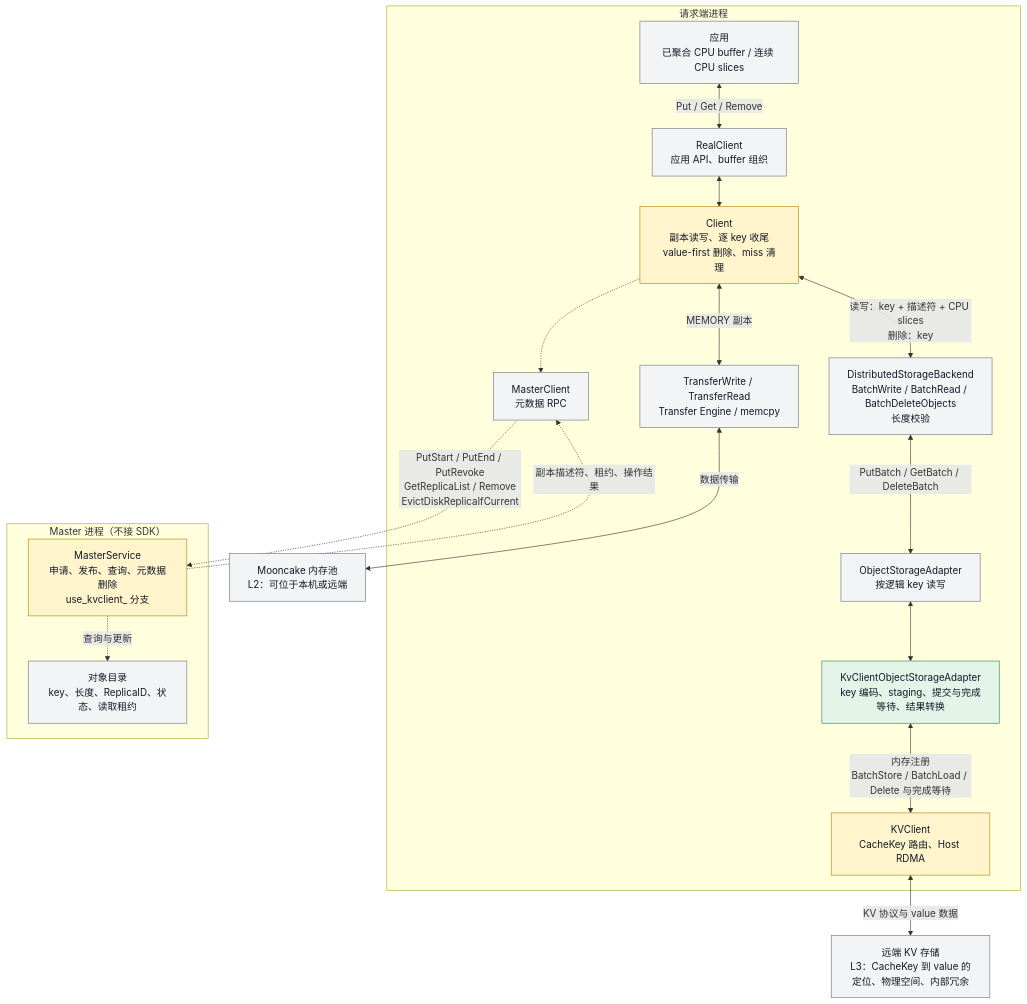
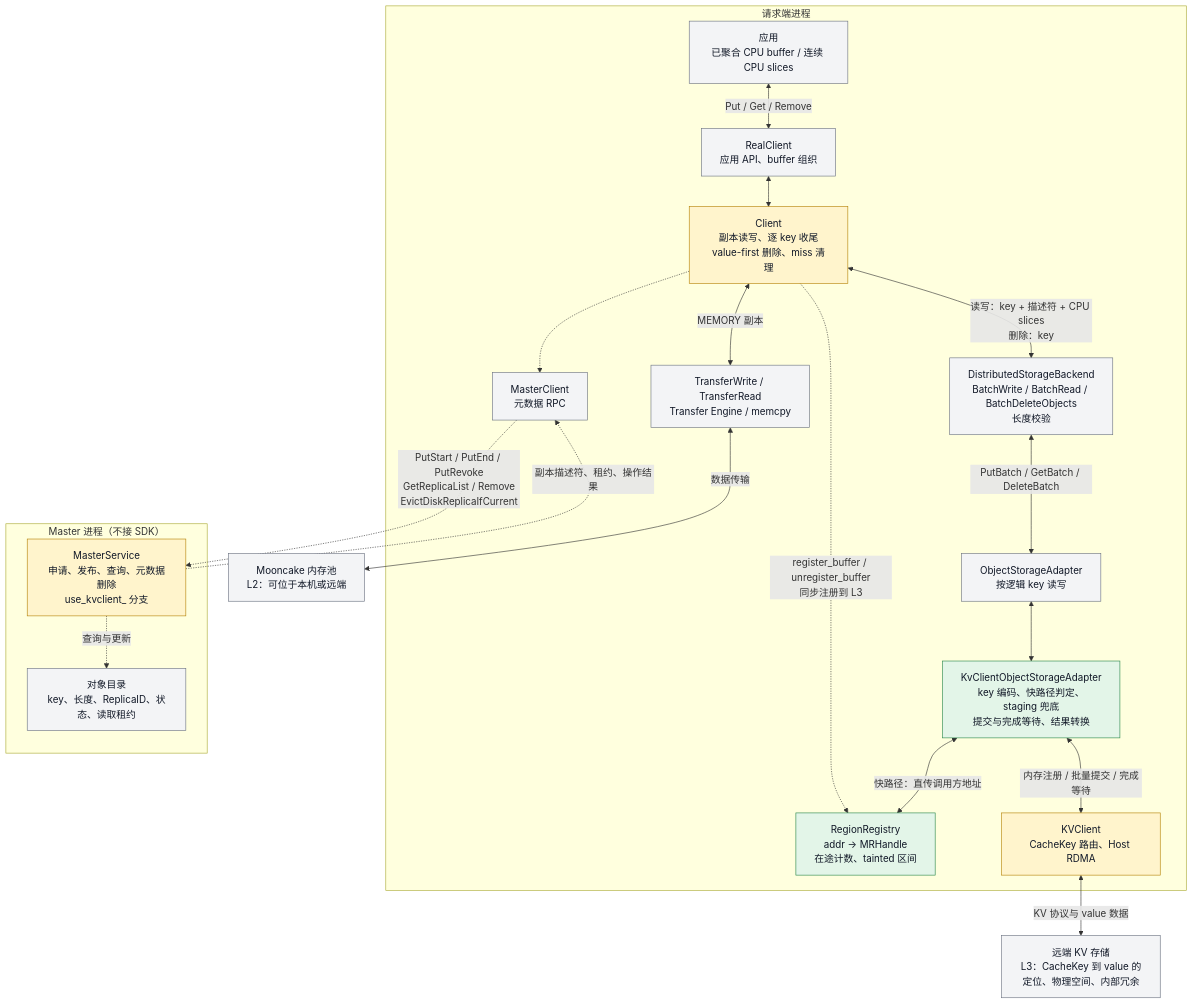
The first of 13 diagrams in Mooncake + KVClient L3 接入（Kvcs）- v3.md (zwj20000328-dotcom/Mooncake-documents), drawn with Mermaid before and after one commit. The commit also changed other lines of this file, not shown here.

````diff
--- a/Mooncake + KVClient L3 接入（Kvcs）- v3.md
+++ b/Mooncake + KVClient L3 接入（Kvcs）- v3.md
@@ -68,45 +69,48 @@
 ```mermaid
 flowchart TB
     subgraph Request["请求端进程"]
         A["应用<br/>已聚合 CPU buffer / 连续 CPU slices"]
         R["RealClient<br/>应用 API、buffer 组织"]
         C["Client<br/>副本读写、逐 key 收尾<br/>value-first 删除、miss 清理"]
         RPC["MasterClient<br/>元数据 RPC"]
         TE["TransferWrite / TransferRead<br/>Transfer Engine / memcpy"]
         B["DistributedStorageBackend<br/>BatchWrite / BatchRead / BatchDeleteObjects<br/>长度校验"]
         O["ObjectStorageAdapter<br/>按逻辑 key 读写"]
-        K["KvClientObjectStorageAdapter<br/>key 编码、staging、提交与完成等待、结果转换"]
+        K["KvClientObjectStorageAdapter<br/>key 编码、快路径判定、staging 兜底<br/>提交与完成等待、结果转换"]
+        REG["RegionRegistry<br/>addr → MRHandle<br/>在途计数、tainted 区间"]
         SDK["KVClient<br/>CacheKey 路由、Host RDMA"]
 
         A <-->|"Put / Get / Remove"| R
         R <--> C
         C -.-> RPC
         C <-->|"MEMORY 副本"| TE
         C <-->|"读写：key + 描述符 + CPU slices<br/>删除：key"| B
+        C -.->|"register_buffer / unregister_buffer<br/>同步注册到 L3"| REG
         B <-->|"PutBatch / GetBatch / DeleteBatch"| O
         O <--> K
-        K <-->|"内存注册<br/>BatchStore / BatchLoad / Delete 与完成等待"| SDK
+        K <-->|"快路径：直传调用方地址"| REG
+        K <-->|"内存注册 / 批量提交 / 完成等待"| SDK
     end
 
     subgraph Master["Master 进程（不接 SDK）"]
         M["MasterService<br/>申请、发布、查询、元数据删除<br/>use_kvclient_ 分支"]
         META["对象目录<br/>key、长度、ReplicaID、状态、读取租约"]
 
         M -.->|"查询与更新"| META
     end
 
     RAM["Mooncake 内存池<br/>L2：可位于本机或远端"]
     S["远端 KV 存储<br/>L3：CacheKey 到 value 的定位、物理空间、内部冗余"]
 
     RPC -.->|"PutStart / PutEnd / PutRevoke<br/>GetReplicaList / Remove<br/>EvictDiskReplicaIfCurrent"| M
     M -.->|"副本描述符、租约、操作结果"| RPC
     TE <-->|"数据传输"| RAM
     SDK <-->|"KV 协议与 value 数据"| S
 
     classDef existing fill:#f3f4f6,stroke:#6b7280,color:#111827;
     classDef changed fill:#fff4cc,stroke:#b58105,color:#111827;
     classDef added fill:#e3f5e8,stroke:#28864b,color:#111827;
     class A,R,RPC,TE,B,O,META,RAM,S existing;
     class C,SDK,M changed;
-    class K added;
+    class K,REG added;
 ```
````
